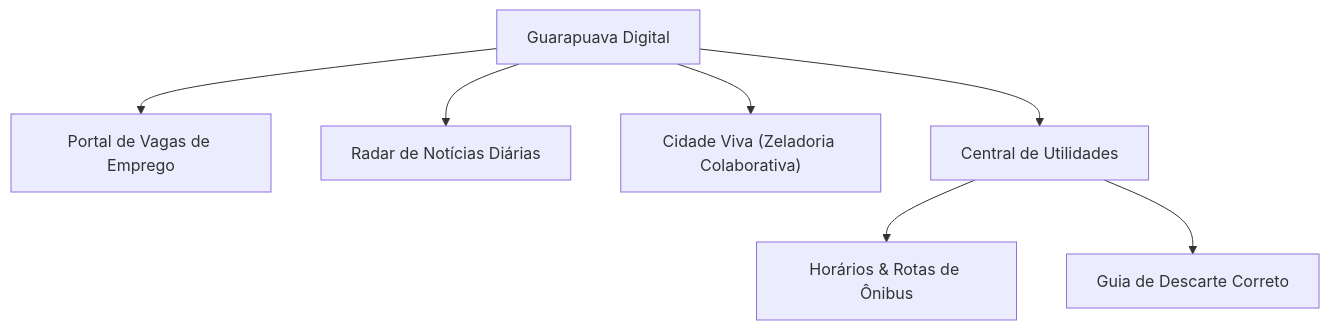
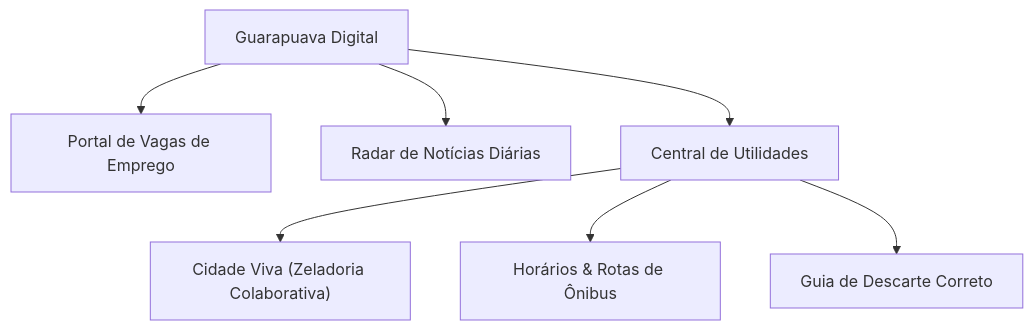
One commit to MRMATOS/guarapuava changed the first of 2 diagrams in guarapuavadigital.md. Above: the diagram before and after it, drawn with Mermaid. The commit also changed 7 other files, not shown here.

First line of the commit message:
feat(navigation): mover Cidade Viva para Utilidades e reorganizar barras de opções em mobile e desktop

````diff
--- a/guarapuavadigital.md
+++ b/guarapuavadigital.md
@@ -28,10 +28,10 @@
 ```mermaid
 graph TD
     GD["Guarapuava Digital"] --> Vagas["Portal de Vagas de Emprego"]
     GD --> Noticias["Radar de Notícias Diárias"]
-    GD --> CidadeViva["Cidade Viva (Zeladoria Colaborativa)"]
     GD --> Utilidades["Central de Utilidades"]
     
+    Utilidades --> CidadeViva["Cidade Viva (Zeladoria Colaborativa)"]
     Utilidades --> Onibus["Horários & Rotas de Ônibus"]
     Utilidades --> Descarte["Guia de Descarte Correto"]
 ```
````
